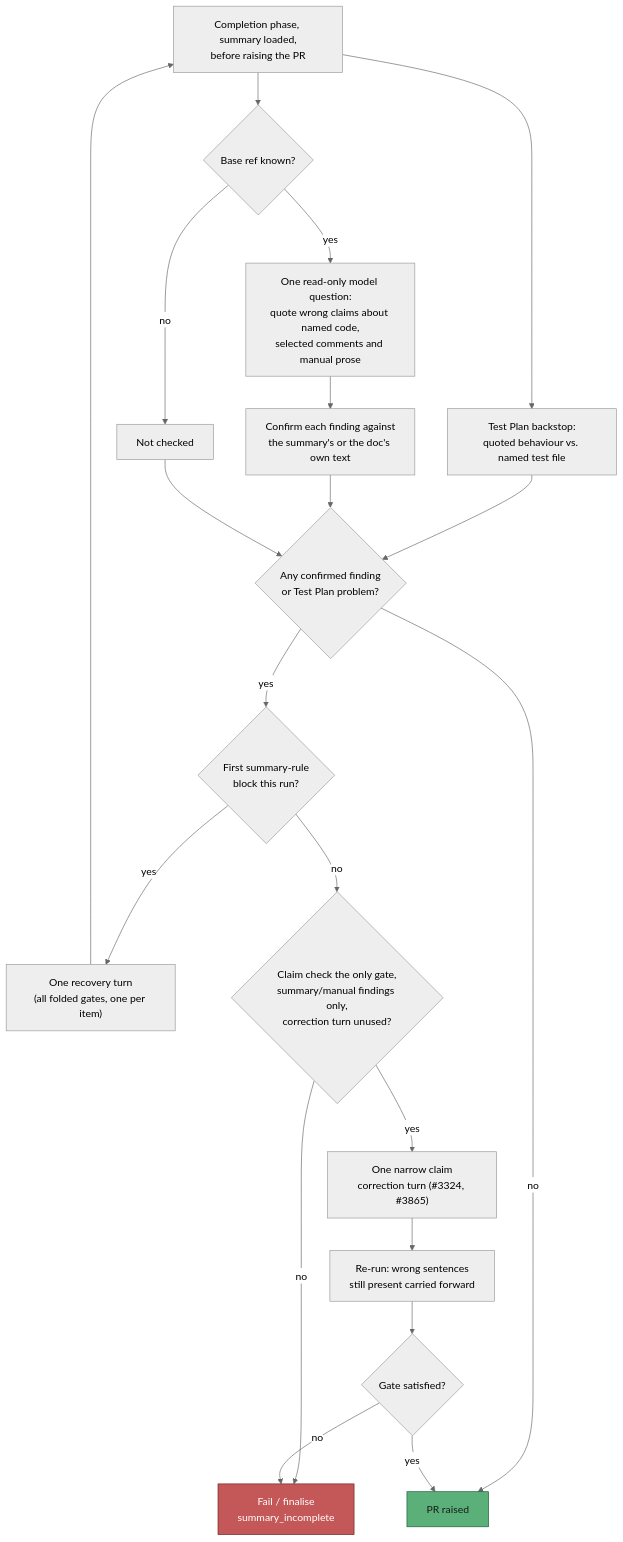
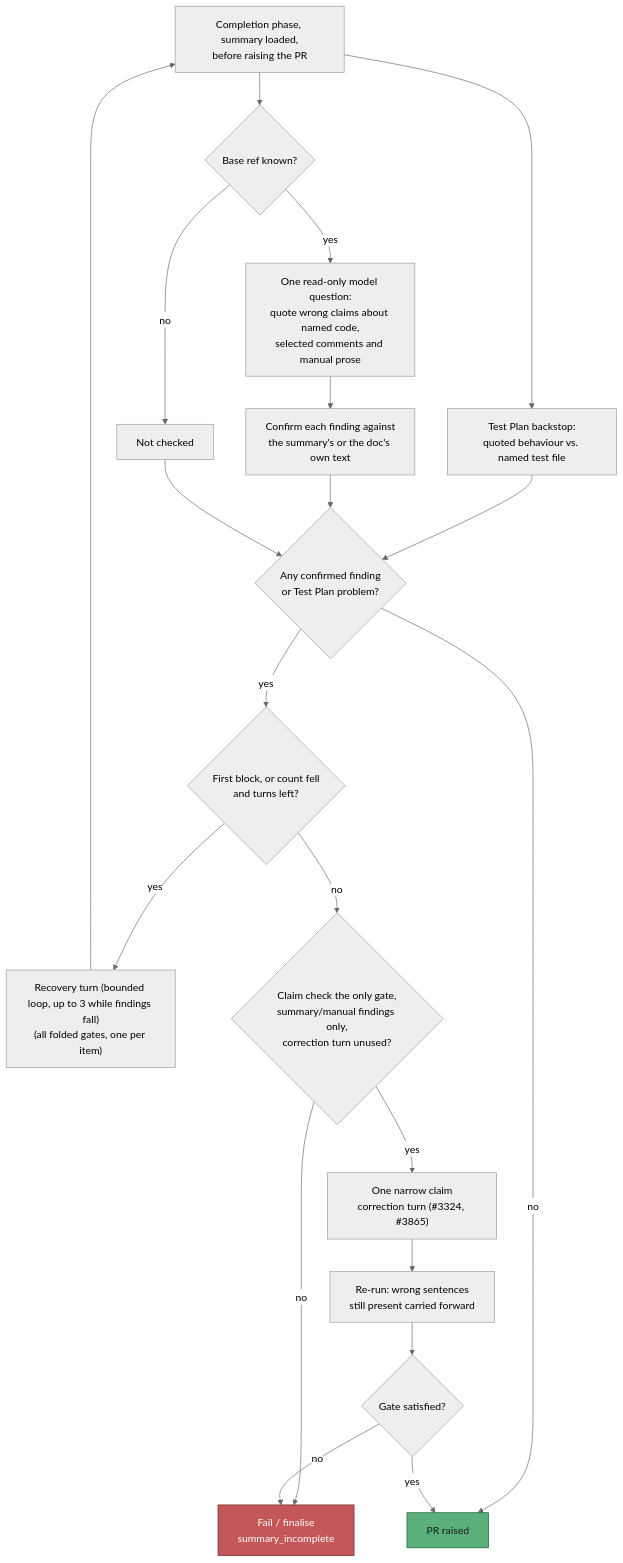
Diagram 19 of 26 in docs/workflows/issue-processing.md (stSoftwareAU/VibeCoder), drawn with Mermaid (neutral theme) before and after one commit. The commit also changed other lines of this file and 3 other files, not shown here.

````diff
--- a/docs/workflows/issue-processing.md
+++ b/docs/workflows/issue-processing.md
@@ -2508,24 +2508,24 @@
 ```mermaid
 flowchart TD
     A["Completion phase, summary loaded,<br/>before raising the PR"] --> B["Test Plan backstop:<br/>quoted behaviour vs. named test file"]
     A --> C{"Base ref known?"}
     C -- no --> D["Not checked"]
     C -- yes --> E["One read-only model question:<br/>quote wrong claims about named code,<br/>selected comments and manual prose"]
     E --> F["Confirm each finding against<br/>the summary's or the doc's own text"]
     B --> G{"Any confirmed finding<br/>or Test Plan problem?"}
     F --> G
     D --> G
-    G -- yes --> H{"First summary-rule<br/>block this run?"}
+    G -- yes --> H{"First block, or count fell<br/>and turns left?"}
     G -- no --> I["PR raised"]
-    H -- yes --> RT["One recovery turn<br/>(all folded gates, one per item)"]
+    H -- yes --> RT["Recovery turn (bounded loop, up to 3 while findings fall)<br/>(all folded gates, one per item)"]
     RT --> A
     H -- no --> J{"Claim check the only gate,<br/>summary/manual findings only,<br/>correction turn unused?"}
     J -- no --> K["Fail / finalise<br/>summary_incomplete"]
     J -- yes --> L["One narrow claim<br/>correction turn (#3324, #3865)"]
     L --> M["Re-run: wrong sentences<br/>still present carried forward"]
     M --> N{"Gate satisfied?"}
     N -- yes --> I
     N -- no --> K
     style I fill:#5ab078,stroke:#1d5a35,color:#1a1a1a
     style K fill:#c45858,stroke:#6b2020,color:#fff
 ```
````
